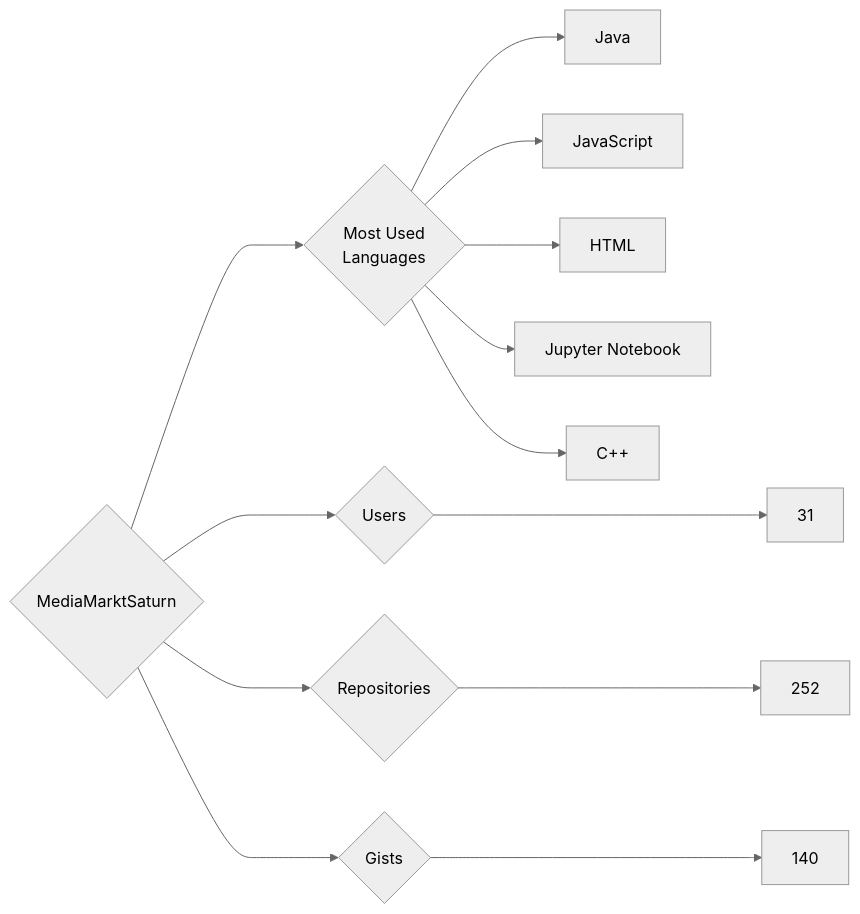
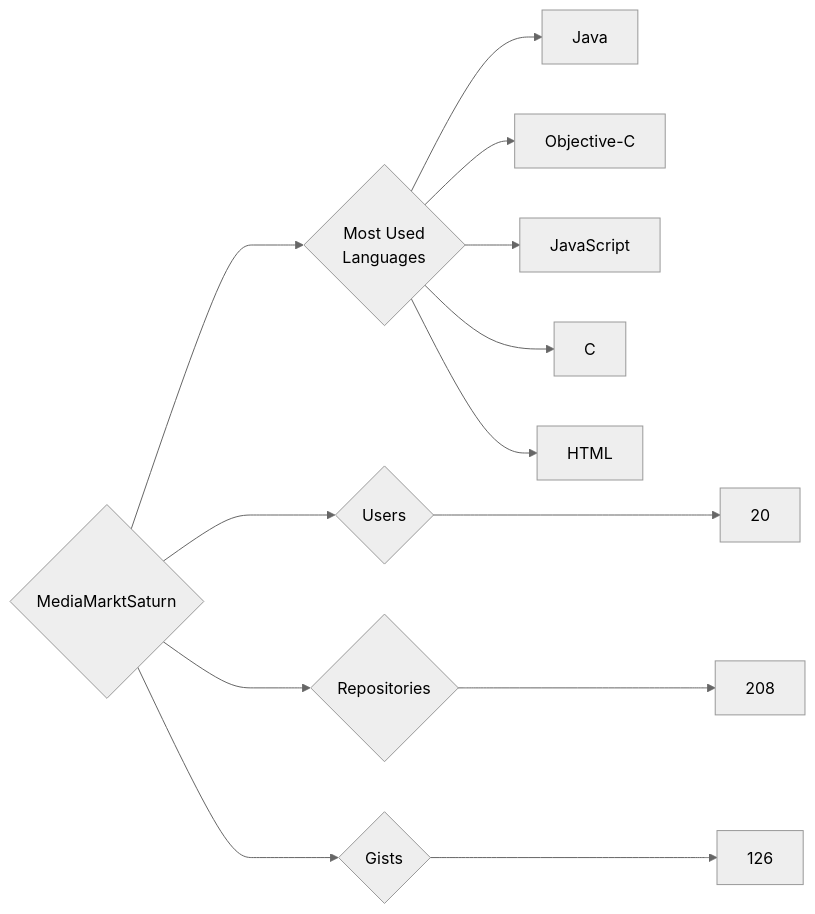
The diagram in targets/MediaMarktSaturn/README.md (trickest/insiders), drawn with Mermaid (neutral theme) before and after one commit. The commit also changed 877 other files, not shown here.

````diff
--- a/targets/MediaMarktSaturn/README.md
+++ b/targets/MediaMarktSaturn/README.md
@@ -3,13 +3,13 @@
 ```mermaid
 graph LR
 COMPANY_NAME{MediaMarktSaturn}
-COMPANY_NAME ---> U{Users} ---> UN[31]
-COMPANY_NAME ---> R{Repositories} ---> RN[252]
-COMPANY_NAME ---> G{Gists} ---> GN[140]
+COMPANY_NAME ---> U{Users} ---> UN[20]
+COMPANY_NAME ---> R{Repositories} ---> RN[208]
+COMPANY_NAME ---> G{Gists} ---> GN[126]
 COMPANY_NAME ---> ML{Most Used<br>Languages}
 ML --> Java[Java]
+ML --> Objective-C[Objective-C]
 ML --> JavaScript[JavaScript]
+ML --> C[C]
 ML --> HTML[HTML]
-ML --> Jupyter_Notebook[Jupyter Notebook]
-ML --> C++[C++]
 ```
````
